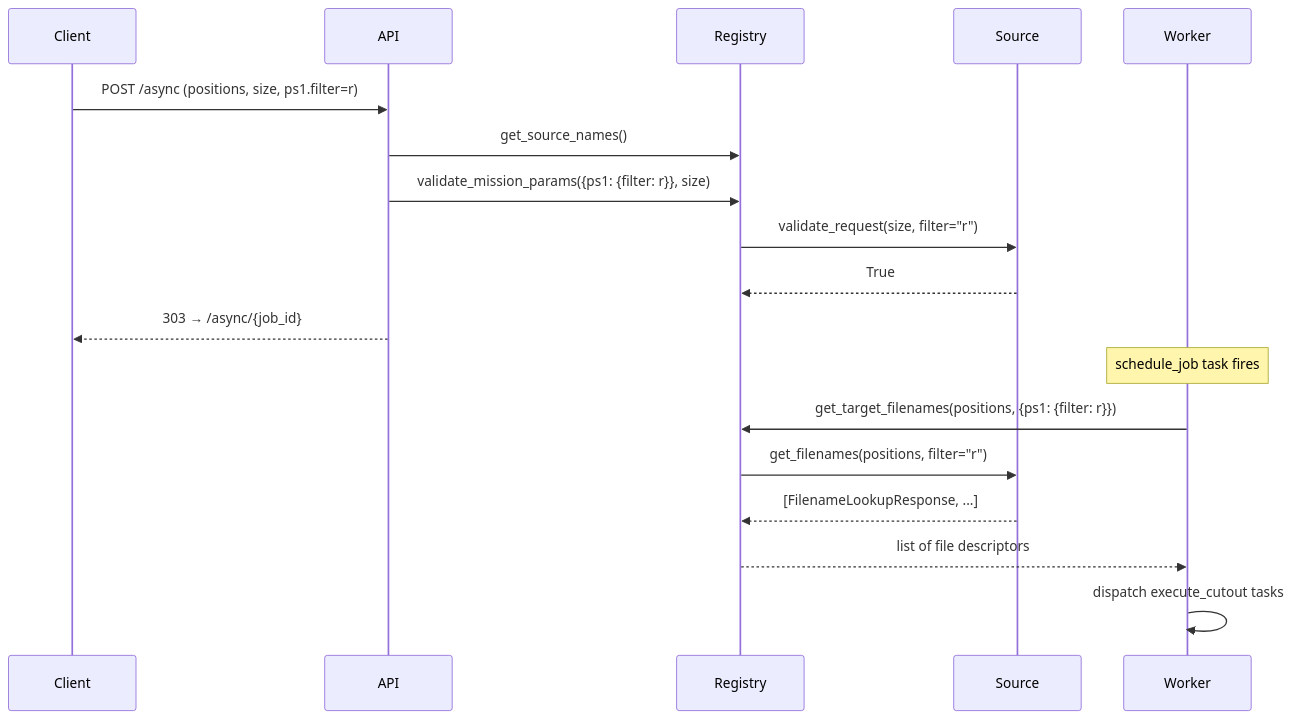
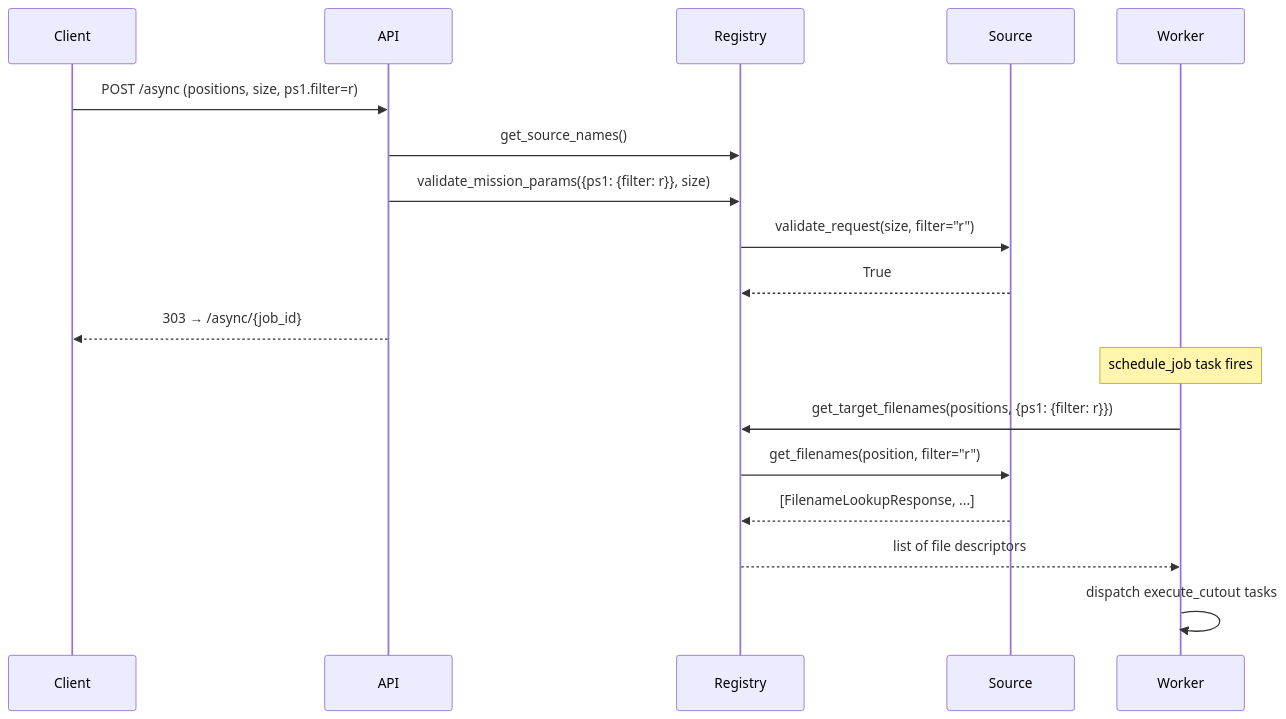
One commit to dsarmiento/fornax-cutouts changed the second of 2 diagrams in docs/sources/overview.md. Above: the diagram before and after it, drawn with Mermaid. The commit also changed other lines of this file and 17 other files, not shown here.

````diff
--- a/docs/sources/overview.md
+++ b/docs/sources/overview.md
@@ -52,22 +52,22 @@
 ```mermaid
 sequenceDiagram
     participant Client
     participant API
     participant Registry
     participant Source
     participant Worker
 
     Client->>API: POST /async (positions, size, ps1.filter=r)
     API->>Registry: get_source_names()
     API->>Registry: validate_mission_params({ps1: {filter: r}}, size)
     Registry->>Source: validate_request(size, filter="r")
     Source-->>Registry: True
     API-->>Client: 303 → /async/{job_id}
 
     Note over Worker: schedule_job task fires
     Worker->>Registry: get_target_filenames(positions, {ps1: {filter: r}})
-    Registry->>Source: get_filenames(positions, filter="r")
+    Registry->>Source: get_filenames(position, filter="r")
     Source-->>Registry: [FilenameLookupResponse, ...]
     Registry-->>Worker: list of file descriptors
     Worker->>Worker: dispatch execute_cutout tasks
 ```
````
